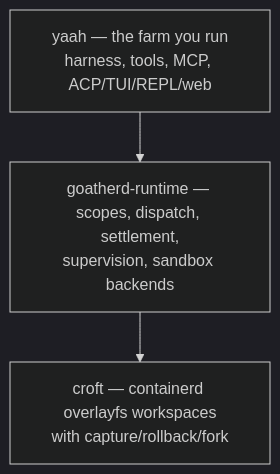
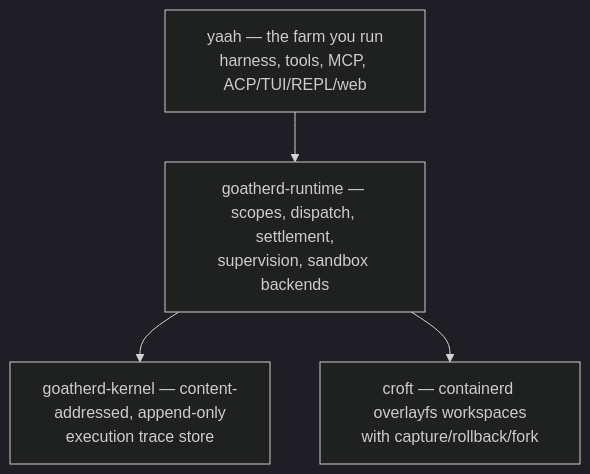
The diagram in profile/README.md (goatherdai/.github), drawn with Mermaid (dark theme) before and after one commit.

Commit message:
Add goatherd-kernel to the component diagram
The stack diagram showed only yaah -> goatherd-runtime -> croft.
Show kernel as what the runtime composes, with croft branching off as
a sandbox backend, matching the actual dependency structure.

Generated by Mistral Vibe.

````diff
--- a/profile/README.md
+++ b/profile/README.md
@@ -43,8 +43,11 @@
 ```mermaid
 flowchart TD
     yaah["yaah — the farm you run<br/>harness, tools, MCP, ACP/TUI/REPL/web"]
     goatherd["goatherd-runtime — scopes, dispatch, settlement,<br/>supervision, sandbox backends"]
+    kernel["goatherd-kernel — content-addressed, append-only<br/>execution trace store"]
     croft["croft — containerd overlayfs workspaces<br/>with capture/rollback/fork"]
 
-    yaah --> goatherd --> croft
+    yaah --> goatherd
+    goatherd --> kernel
+    goatherd --> croft
 ```
````
